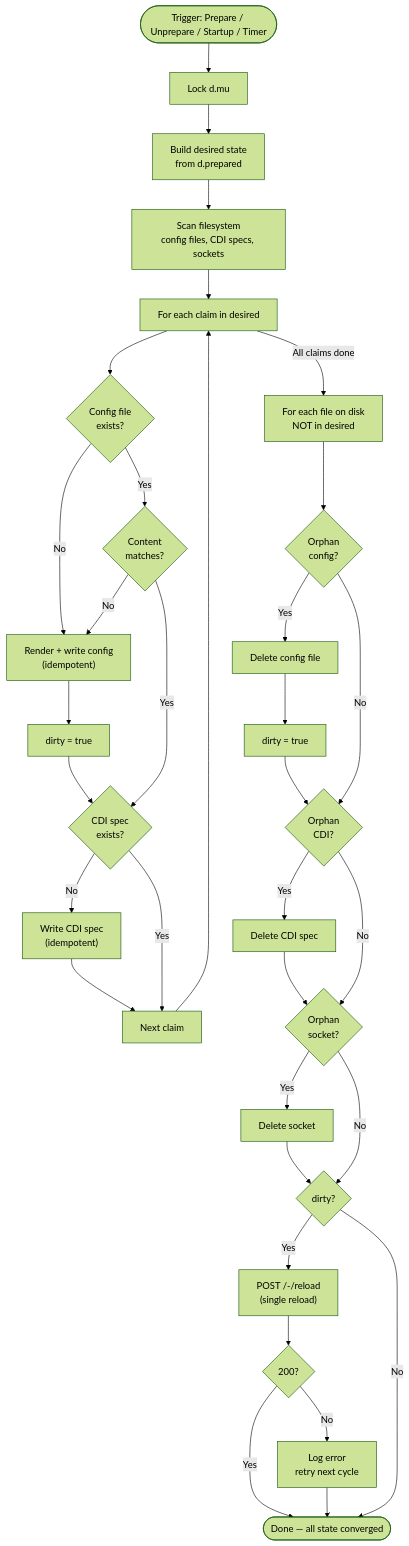
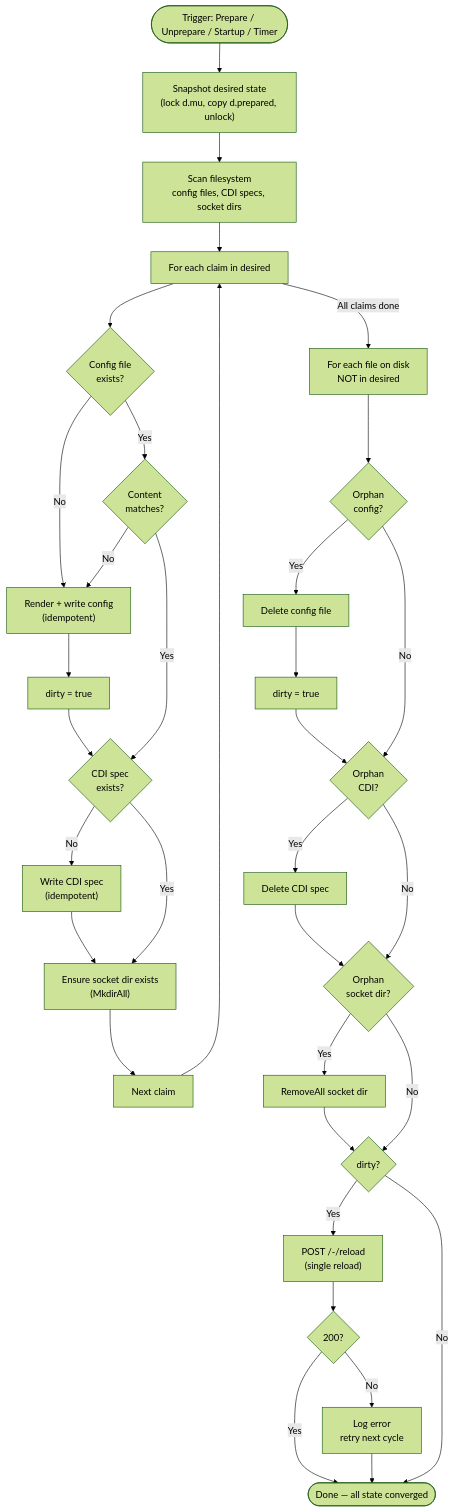
The fourth of 4 diagrams in specs/001-alloy-listener-management.md (abhinavdahiya/k8s-dra-driver-trace-collector), drawn with Mermaid (forest theme) before and after one commit. The commit also changed other lines of this file and 7 other files, not shown here.

First line of the commit message:
Sync spec diagrams and text with code after refactoring

````diff
--- a/specs/001-alloy-listener-management.md
+++ b/specs/001-alloy-listener-management.md
@@ -976,43 +977,44 @@
 ```mermaid
 flowchart TD
     Start(["Trigger: Prepare / Unprepare / Startup / Timer"])
-    Start --> Lock["Lock d.mu"]
-    Lock --> Desired["Build desired state<br/>from d.prepared"]
-    Desired --> Scan["Scan filesystem<br/>config files, CDI specs, sockets"]
+    Start --> Snapshot["Snapshot desired state<br/>(lock d.mu, copy d.prepared, unlock)"]
+    Snapshot --> Scan["Scan filesystem<br/>config files, CDI specs, socket dirs"]
     Scan --> Loop["For each claim in desired"]
 
     Loop --> CfgExists{"Config file<br/>exists?"}
     CfgExists -- No --> RenderWrite["Render + write config<br/>(idempotent)"]
     RenderWrite --> MarkDirty1["dirty = true"]
     MarkDirty1 --> ChkCDI
     CfgExists -- Yes --> CfgStale{"Content<br/>matches?"}
     CfgStale -- No --> RenderWrite
     CfgStale -- Yes --> ChkCDI
 
     ChkCDI{"CDI spec<br/>exists?"} -- No --> WriteCDI["Write CDI spec<br/>(idempotent)"]
-    WriteCDI --> NextClaim
-    ChkCDI -- Yes --> NextClaim["Next claim"]
+    WriteCDI --> ChkSockDir
+    ChkCDI -- Yes --> ChkSockDir
+
+    ChkSockDir["Ensure socket dir exists<br/>(MkdirAll)"] --> NextClaim["Next claim"]
     NextClaim --> Loop
 
     Loop -- "All claims done" --> Orphans["For each file on disk<br/>NOT in desired"]
     Orphans --> OrphanCfg{"Orphan<br/>config?"}
     OrphanCfg -- Yes --> DelCfg["Delete config file"]
     DelCfg --> MarkDirty2["dirty = true"]
     MarkDirty2 --> OrphanCDI
     OrphanCfg -- No --> OrphanCDI
 
     OrphanCDI{"Orphan<br/>CDI?"} -- Yes --> DelCDI["Delete CDI spec"]
-    DelCDI --> OrphanSock
-    OrphanCDI -- No --> OrphanSock
+    DelCDI --> OrphanSockDir
+    OrphanCDI -- No --> OrphanSockDir
 
-    OrphanSock{"Orphan<br/>socket?"} -- Yes --> DelSock["Delete socket"]
-    DelSock --> CheckDirty
-    OrphanSock -- No --> CheckDirty
+    OrphanSockDir{"Orphan<br/>socket dir?"} -- Yes --> DelSockDir["RemoveAll socket dir"]
+    DelSockDir --> CheckDirty
+    OrphanSockDir -- No --> CheckDirty
 
     CheckDirty{"dirty?"} -- Yes --> Reload["POST /-/reload<br/>(single reload)"]
     Reload --> ReloadOK{"200?"}
     ReloadOK -- Yes --> Done(["Done — all state converged"])
     ReloadOK -- No --> LogRetry["Log error<br/>retry next cycle"]
     LogRetry --> Done
     CheckDirty -- No --> Done
 ```
````
